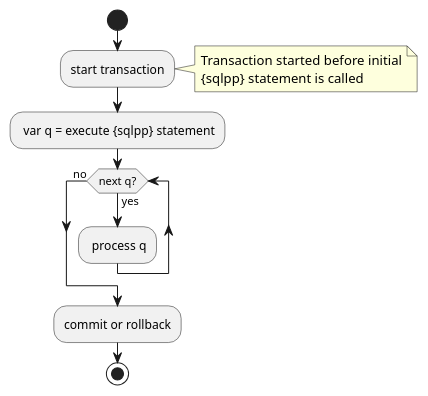
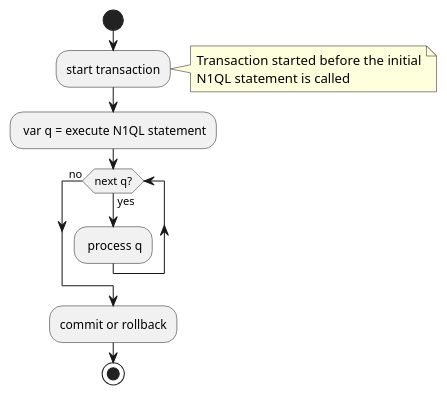
The second of 2 diagrams in modules/javascript-udfs/partials/diagrams.adoc (couchbase/docs-server), drawn with PlantUML before and after one commit. The commit also changed 13 other files, not shown here.

```diff
--- a/modules/javascript-udfs/partials/diagrams.adoc
+++ b/modules/javascript-udfs/partials/diagrams.adoc
@@ -36,22 +36,22 @@
 [plantuml, subs="attributes"]
 ....
 @startuml
 
 start
 
 :start transaction;
-note right: Transaction started before initial\n{sqlpp} statement is called
-: var q = execute {sqlpp} statement;
+note right: Transaction started before the initial\nN1QL statement is called
+: var q = execute N1QL statement;
  
  while (next q?) is (yes)
  
    : process q;
    
  endwhile (no)
  
 :commit or rollback;
 
 stop
 
 @enduml
 ....
```
